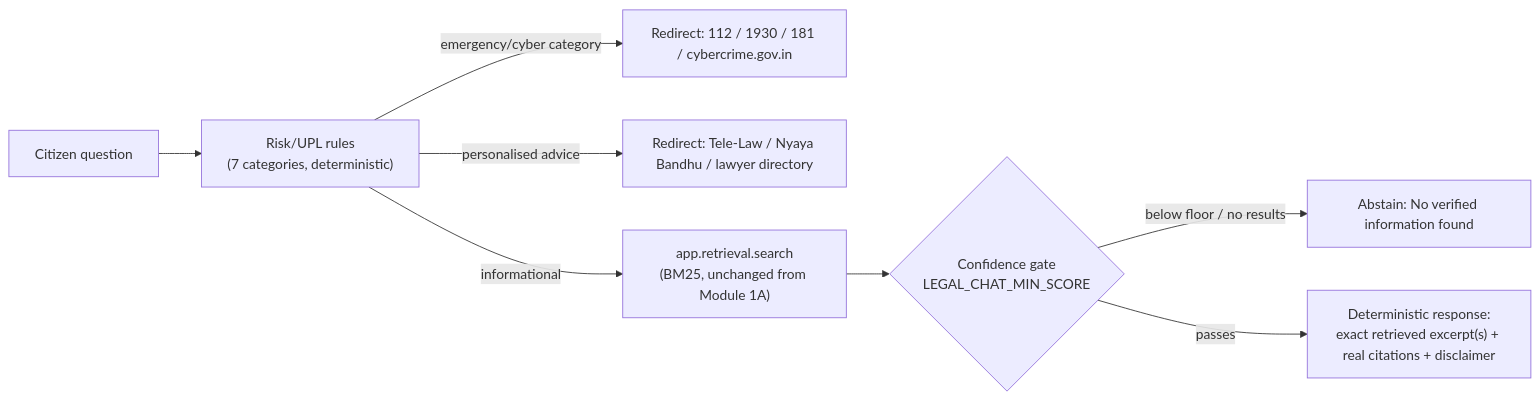
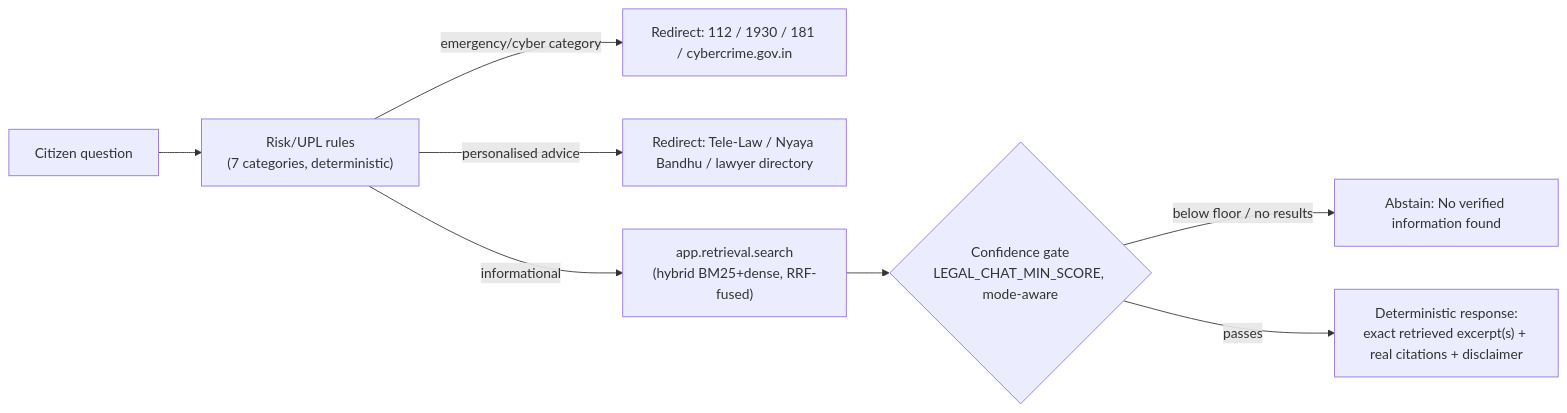
Before and after one commit to Solly2201/Capstone: the fourth of 4 diagrams in docs/ARCHITECTURE.md, drawn with Mermaid. The commit also changed other lines of this file and 19 other files, not shown here.

Commit message:
feat(ai): add hybrid legal retrieval

````diff
--- a/docs/ARCHITECTURE.md
+++ b/docs/ARCHITECTURE.md
@@ -81,10 +110,10 @@
 ```mermaid
 flowchart LR
   Q["Citizen question"] --> Risk["Risk/UPL rules\n(7 categories, deterministic)"]
   Risk -->|emergency/cyber category| Emg["Redirect: 112 / 1930 / 181 / cybercrime.gov.in"]
   Risk -->|personalised advice| Adv["Redirect: Tele-Law / Nyaya Bandhu / lawyer directory"]
-  Risk -->|informational| Search["app.retrieval.search\n(BM25, unchanged from Module 1A)"]
-  Search --> Gate{"Confidence gate\nLEGAL_CHAT_MIN_SCORE"}
+  Risk -->|informational| Search["app.retrieval.search\n(hybrid BM25+dense, RRF-fused)"]
+  Search --> Gate{"Confidence gate\nLEGAL_CHAT_MIN_SCORE, mode-aware"}
   Gate -->|below floor / no results| Abstain["Abstain: No verified information found"]
   Gate -->|passes| Resp["Deterministic response:\nexact retrieved excerpt(s) + real citations + disclaimer"]
 ```
````
